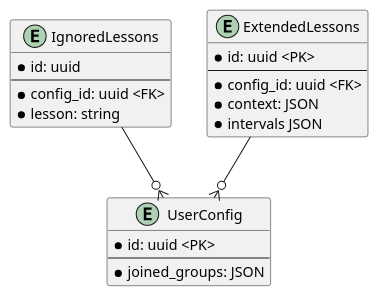
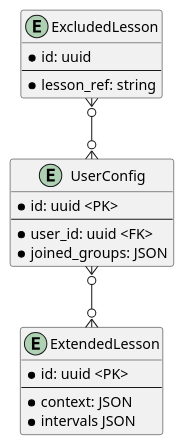
Before and after one commit to tellmeac/ExtendedSchedule: the diagram in ExtendedSchedule/docs/scheme.puml, drawn with PlantUML. The commit also changed 1 other file, not shown here.

```diff
--- a/ExtendedSchedule/docs/scheme.puml
+++ b/ExtendedSchedule/docs/scheme.puml
@@ -1,28 +1,27 @@
 @startuml EntityDiagram
 
 entity UserConfig {
     * id: uuid <PK>
     --
+    * user_id: uuid <FK>
     * joined_groups: JSON
 }
 
-entity IgnoredLessons {
+entity ExcludedLesson {
     * id: uuid
     --
-    * config_id: uuid <FK>
-    * lesson: string
+    * lesson_ref: string
 }
 
-IgnoredLessons --o{ UserConfig
+ExcludedLesson }o--o{ UserConfig
 
-entity ExtendedLessons {
+entity ExtendedLesson {
     * id: uuid <PK>
     --
-    * config_id: uuid <FK>
     * context: JSON
     * intervals JSON
 }
 
-ExtendedLessons --o{ UserConfig
+UserConfig }o--o{ ExtendedLesson 
 
 @enduml
```
